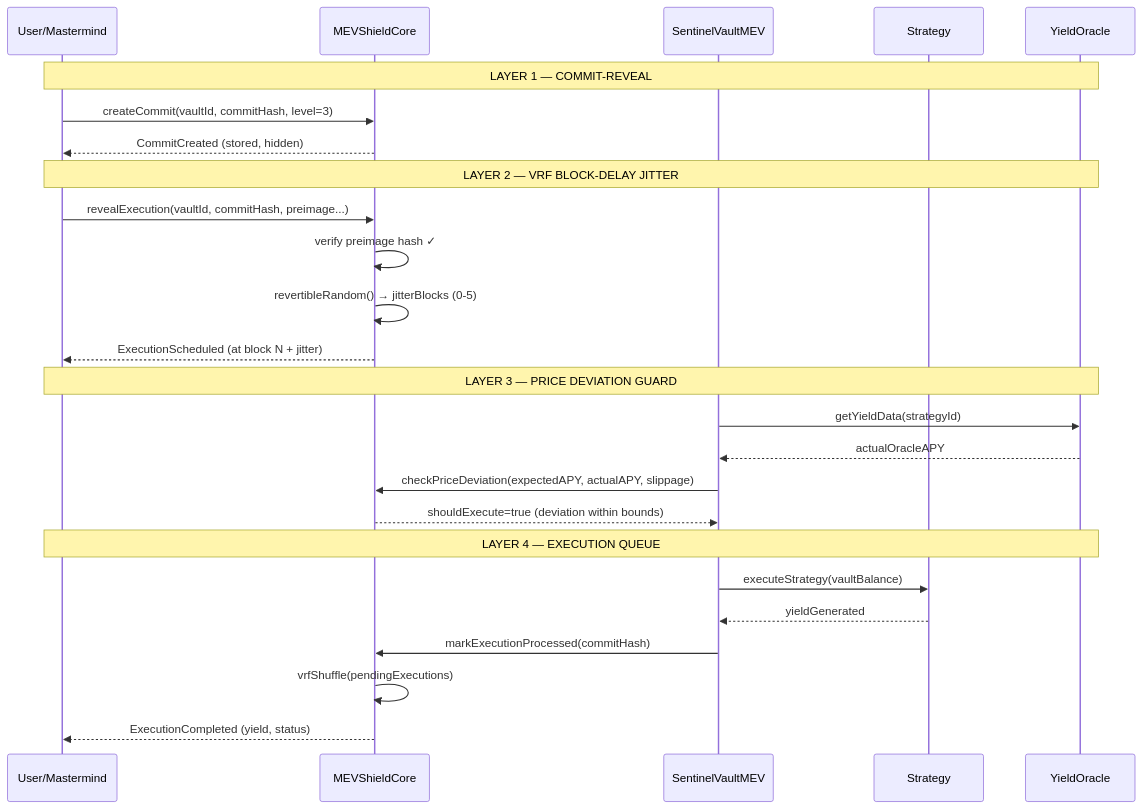
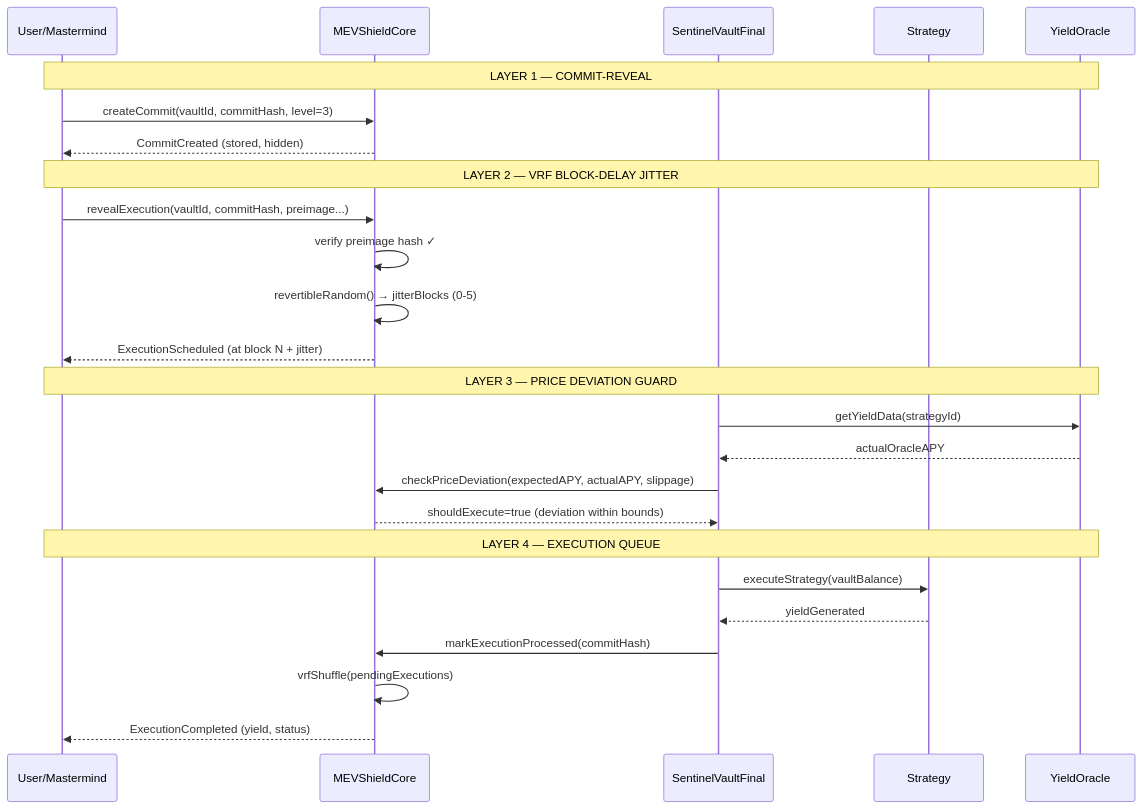
One commit to Aaditya1273/Flow-Sentinel changed the first of 4 diagrams in README.md. Above: the diagram before and after it, drawn with Mermaid. The commit also changed other lines of this file and 6 other files, not shown here.

````diff
--- a/README.md
+++ b/README.md
@@ -220,31 +220,31 @@
 ```mermaid
 sequenceDiagram
     participant U as User/Mastermind
     participant C as MEVShieldCore
-    participant V as SentinelVaultMEV
+    participant V as SentinelVaultFinal
     participant S as Strategy
     participant O as YieldOracle
 
     Note over U,O: LAYER 1 — COMMIT-REVEAL
     U->>C: createCommit(vaultId, commitHash, level=3)
     C-->>U: CommitCreated (stored, hidden)
 
     Note over U,O: LAYER 2 — VRF BLOCK-DELAY JITTER
     U->>C: revealExecution(vaultId, commitHash, preimage...)
     C->>C: verify preimage hash ✓
     C->>C: revertibleRandom() → jitterBlocks (0-5)
     C-->>U: ExecutionScheduled (at block N + jitter)
 
     Note over U,O: LAYER 3 — PRICE DEVIATION GUARD
     V->>O: getYieldData(strategyId)
     O-->>V: actualOracleAPY
     V->>C: checkPriceDeviation(expectedAPY, actualAPY, slippage)
     C-->>V: shouldExecute=true (deviation within bounds)
 
     Note over U,O: LAYER 4 — EXECUTION QUEUE
     V->>S: executeStrategy(vaultBalance)
     S-->>V: yieldGenerated
     V->>C: markExecutionProcessed(commitHash)
     C->>C: vrfShuffle(pendingExecutions)
     C-->>U: ExecutionCompleted (yield, status)
 ```
````
